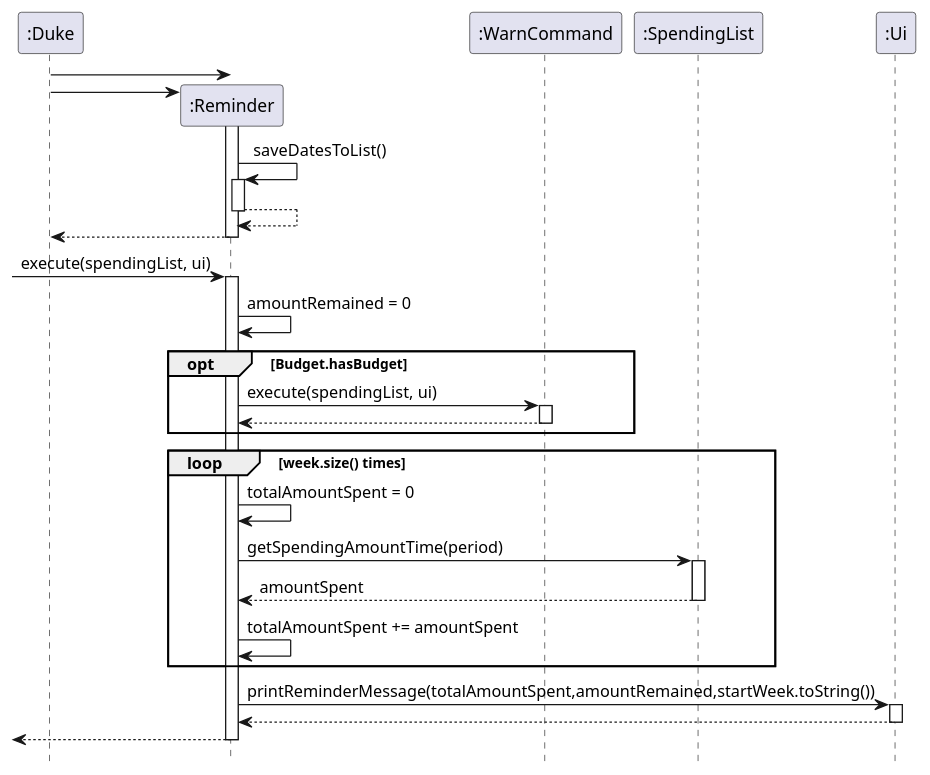
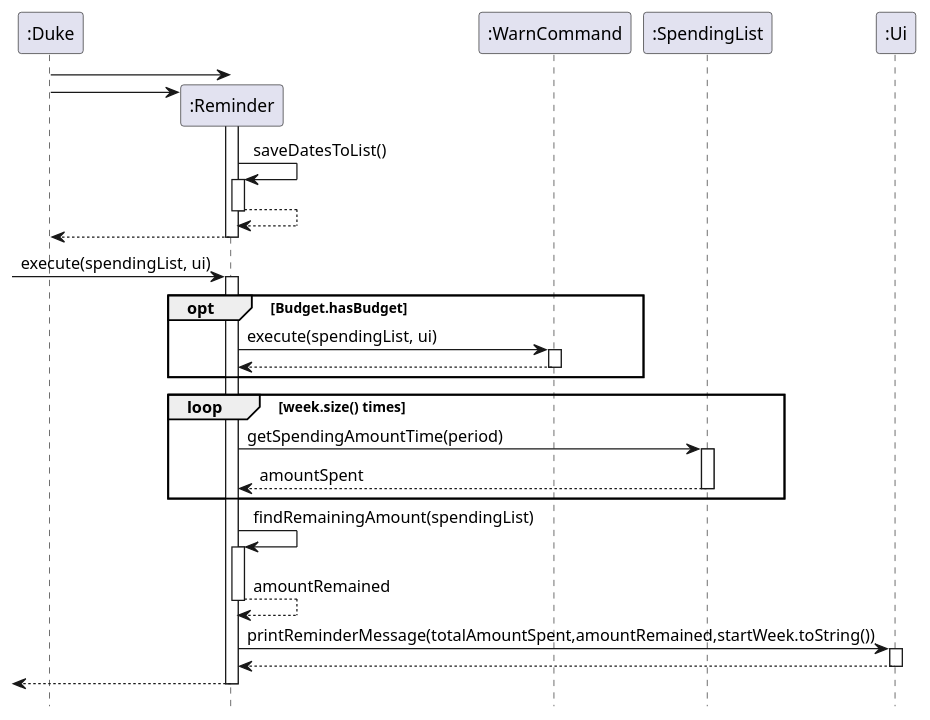
One commit to xieyaoyue/tp changed the diagram in src/uml/reminder.puml. Above: the diagram before and after it, drawn with PlantUML. The commit also changed 4 other files, not shown here.

Commit message:
update uml diagram

```diff
--- a/src/uml/reminder.puml
+++ b/src/uml/reminder.puml
@@ -1,48 +1,50 @@
 @startuml
 hide footbox
 
 ":Duke" -> ":Reminder"
 create ":Reminder"
 ":Duke" -> ":Reminder"
 activate ":Reminder"
 
 ":Reminder" -> ":Reminder" : saveDatesToList()
 activate ":Reminder"
 ":Reminder" --> ":Reminder"
 deactivate ":Reminder"
 ":Reminder" --> ":Duke"
 deactivate ":Reminder"
 
 
 ->":Reminder" : execute(spendingList, ui)
 
 activate ":Reminder"
 
-":Reminder" -> ":Reminder" : amountRemained = 0
-
 opt Budget.hasBudget
 ":Reminder" -> ":WarnCommand" : execute(spendingList, ui)
 activate ":WarnCommand"
 ":WarnCommand" --> ":Reminder"
 deactivate ":WarnCommand"
 end
 
 loop week.size() times
-":Reminder" -> ":Reminder" : totalAmountSpent = 0
+
 ":Reminder" -> ":SpendingList" : getSpendingAmountTime(period)
 activate ":SpendingList"
 ":SpendingList" --> ":Reminder" : amountSpent
 deactivate ":SpendingList"
 
-":Reminder" -> ":Reminder" :totalAmountSpent += amountSpent
+end
 
-end
+":Reminder" -> ":Reminder" : findRemainingAmount(spendingList)
+activate ":Reminder"
+":Reminder" --> ":Reminder" : amountRemained
+deactivate ":Reminder"
+
 
 ":Reminder" -> ":Ui" : printReminderMessage(totalAmountSpent,amountRemained,startWeek.toString())
 activate ":Ui"
 ":Ui" --> ":Reminder"
 deactivate ":Ui"
 <-- ":Reminder"
 deactivate ":Reminder"
 
 @enduml
```
